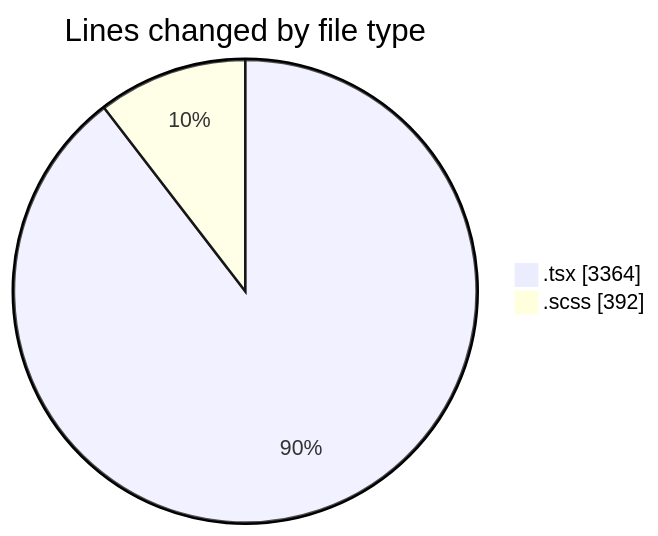
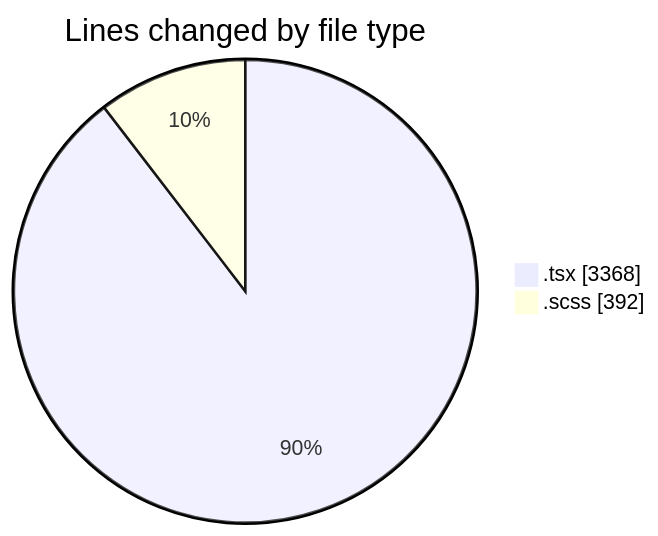
Before and after one commit to momahboobian/code-tracking: the first of 2 diagrams in 2025-09-30/cda/README.md, drawn with Mermaid. The commit also changed other lines of this file and 1 other file, not shown here.

````diff
--- a/2025-09-30/cda/README.md
+++ b/2025-09-30/cda/README.md
@@ -25,6 +25,6 @@
 ```mermaid
 pie showData
 title Lines changed by file type
-".tsx" : 3364
+".tsx" : 3368
 ".scss" : 392
 ```
````
